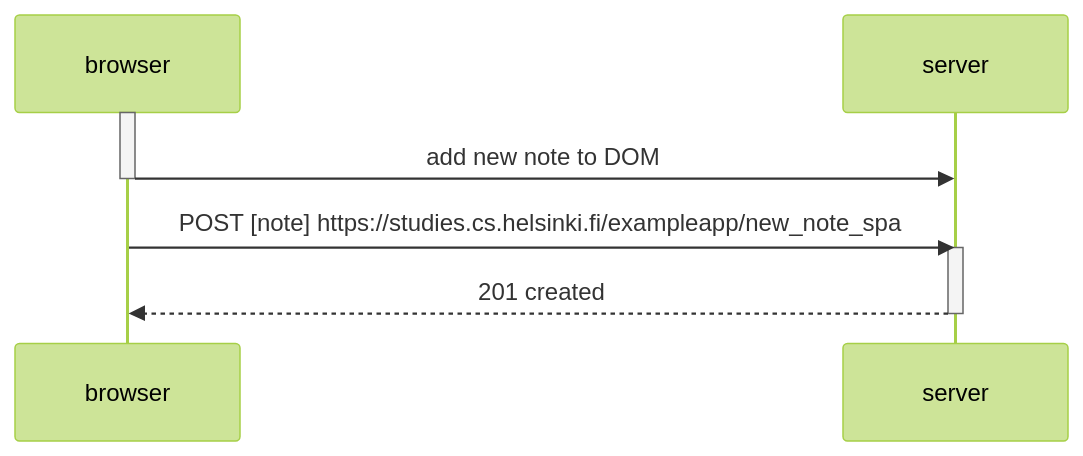
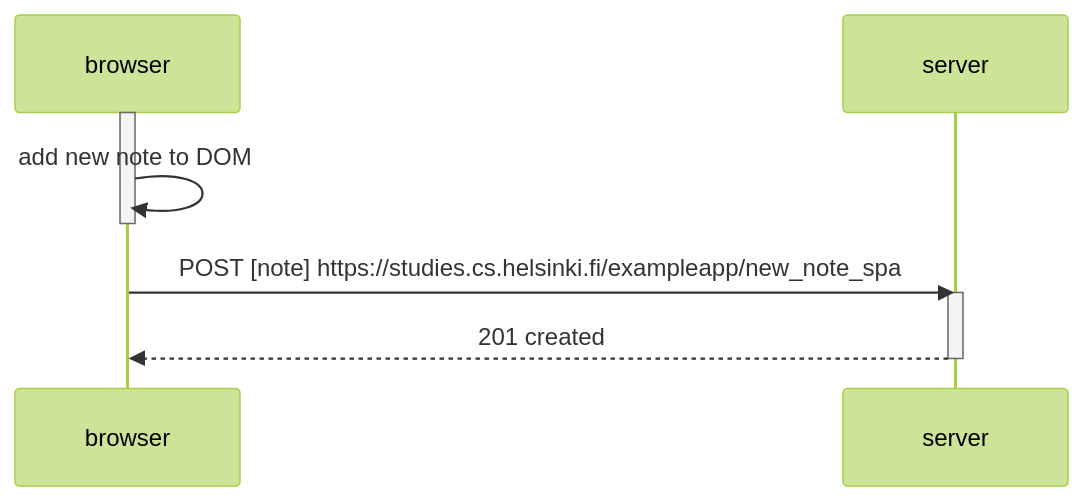
Before and after one commit to aralids/UHelsinki-FullStack-Solutions: the diagram in part0/0-6.mmd, drawn with Mermaid (forest theme).

```diff
--- a/part0/0-6.mmd
+++ b/part0/0-6.mmd
@@ -1,12 +1,12 @@
 sequenceDiagram
     participant browser
     participant server
 
     activate browser
-    browser->>server: add new note to DOM
+    browser->>browser: add new note to DOM
     deactivate browser
 
     browser->>server: POST [note] https://studies.cs.helsinki.fi/exampleapp/new_note_spa
     activate server
     server-->>browser: 201 created
     deactivate server
```
